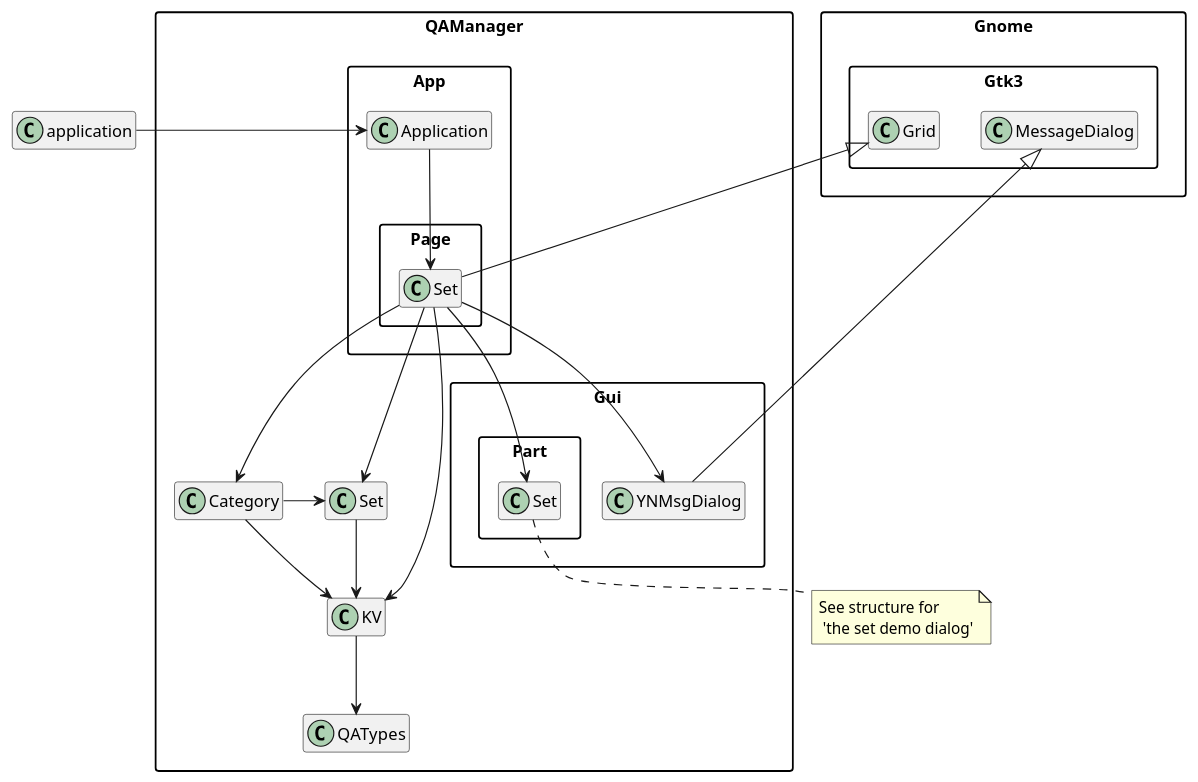
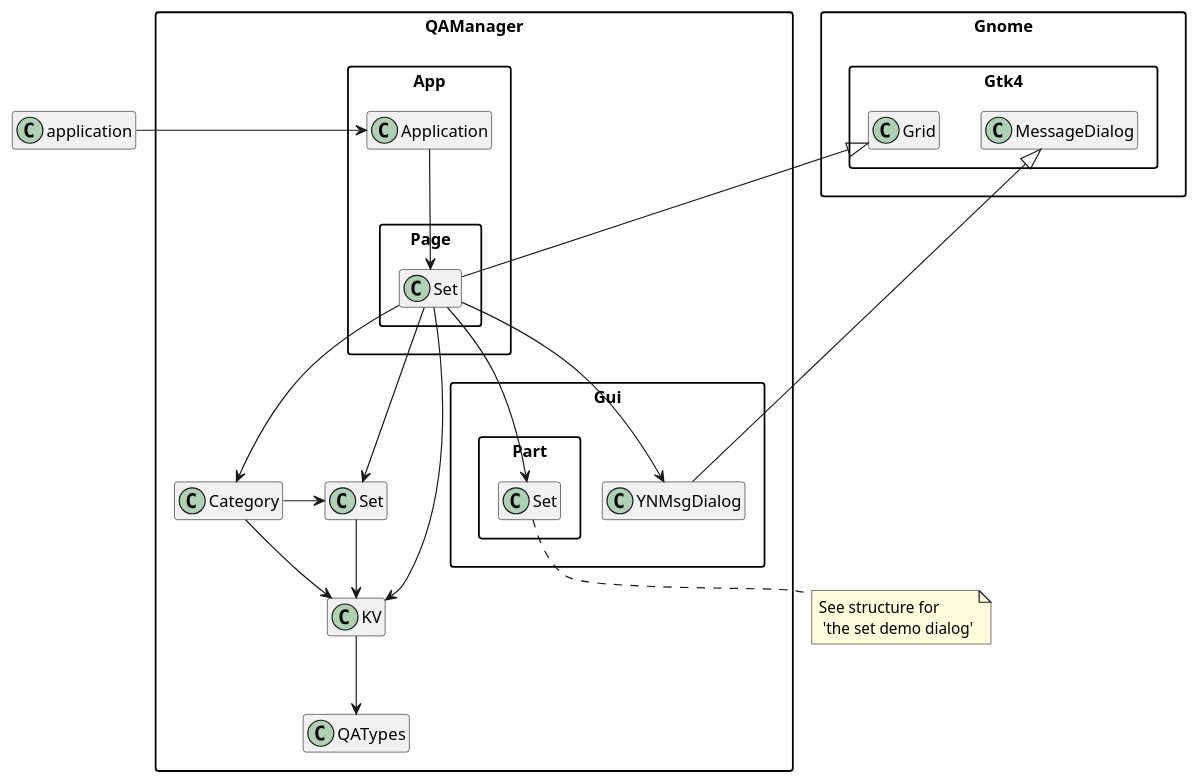
One commit to MARTIMM/question-answer changed the diagram in doc/plantuml/structure-set.puml. Above: the diagram before and after it, drawn with PlantUML. The commit also changed 46 other files, not shown here.

```diff
--- a/doc/plantuml/structure-set.puml
+++ b/doc/plantuml/structure-set.puml
@@ -1,65 +1,65 @@
 'scale 0.9
 skinparam packageStyle rectangle
 set namespaceSeparator ::
 hide members
 
 'title part of the Set page
 
 application -> QAManager::App::Application
 
 'QAManager::App::Application --> QAManager::App::ApplicationWindow
 'QAManager::App::Application ---> QAManager::App::Menu::File
 'QAManager::App::Application -> QAManager::App::Menu::Help
 'QAManager::App::Application --> QAManager::App::Page::Category
 'QAManager::App::Application --> QAManager::App::Page::Sheet
 QAManager::App::Application --> QAManager::App::Page::Set
-'Gnome::Gtk3::Application <|-- QAManager::App::Application
+'Gnome::Gtk4::Application <|-- QAManager::App::Application
 
 'QAManager::App::Page::Category --> QAManager::Category
-'Gnome::Gtk3::Grid <|--- QAManager::App::Page::Category
+'Gnome::Gtk4::Grid <|--- QAManager::App::Page::Category
 
 'QAManager::App::Page::Sheet --> QAManager::Sheet
-'Gnome::Gtk3::Grid <|--- QAManager::App::Page::Sheet
+'Gnome::Gtk4::Grid <|--- QAManager::App::Page::Sheet
 
 QAManager::App::Page::Set --> QAManager::Category
 QAManager::App::Page::Set --> QAManager::Set
 QAManager::App::Page::Set --> QAManager::KV
 QAManager::App::Page::Set -> QAManager::Gui::YNMsgDialog
 QAManager::App::Page::Set --> QAManager::Gui::Part::Set
 note "See structure for\n 'the set demo dialog'" as N1
 QAManager::Gui::Part::Set .. N1
 
-Gnome::Gtk3::Grid <|-- QAManager::App::Page::Set
+Gnome::Gtk4::Grid <|-- QAManager::App::Page::Set
 
 'QAManager --> QAManager::Category
 'QAManager --> QAManager::Sheet
 'QAManager --> QAManager::Gui::TopLevel
 
 QAManager::Category -> QAManager::Set
 QAManager::Category --> QAManager::KV
 
 'QAManager::Sheet --> QAManager::QATypes
 
 'QAManager::Gui::TopLevel --> QAManager::Gui::Main
 
 QAManager::Set --> QAManager::KV
 
 QAManager::KV --> QAManager::QATypes
 
 'QAManager::Gui::Main --> QAManager::QATypes
 'QAManager::Gui::Main --> QAManager::Set
 
-Gnome::Gtk3::MessageDialog <|-- QAManager::Gui::YNMsgDialog
+Gnome::Gtk4::MessageDialog <|-- QAManager::Gui::YNMsgDialog
 
 'QAManager::Gui::SetDemoDialog --> QAManager::QATypes
 'QAManager::Gui::SetDemoDialog --> QAManager::Category
 'QAManager::Gui::SetDemoDialog --> QAManager::Set
 'QAManager::Gui::SetDemoDialog --> QAManager::Gui::Part::Dialog
 'QAManager::Gui::SetDemoDialog --> QAManager::Gui::Part::Set
 
-'Gnome::Gtk3::Dialog <|-- QAManager::Gui::Part::Dialog
+'Gnome::Gtk4::Dialog <|-- QAManager::Gui::Part::Dialog
 
 'QAManager::Gui::Part::Dialog --> QAManager::Set
 'QAManager::Gui::Part::Dialog --> QAManager::KV
 'QAManager::Gui::Part::Dialog --> QAManager::Gui::Part::KV
 'QAManager::Gui::Part::Dialog --> QAManager::Gui::Part::Frame
```
